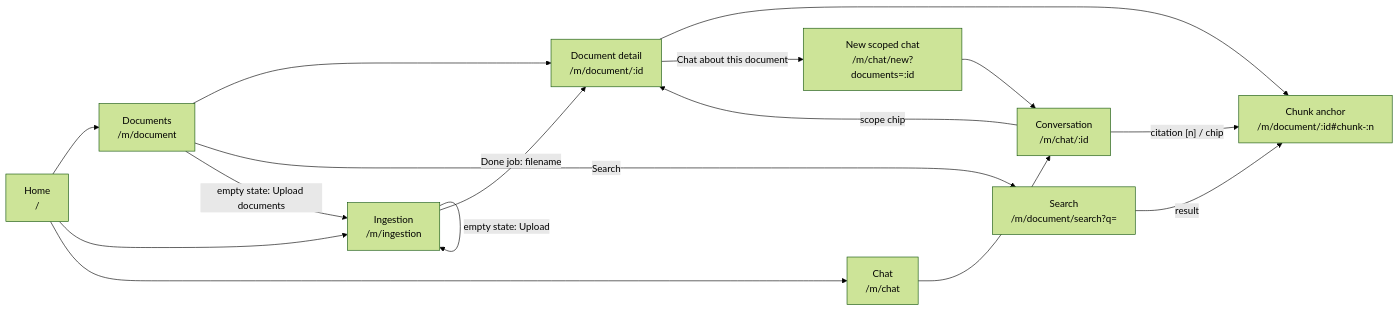
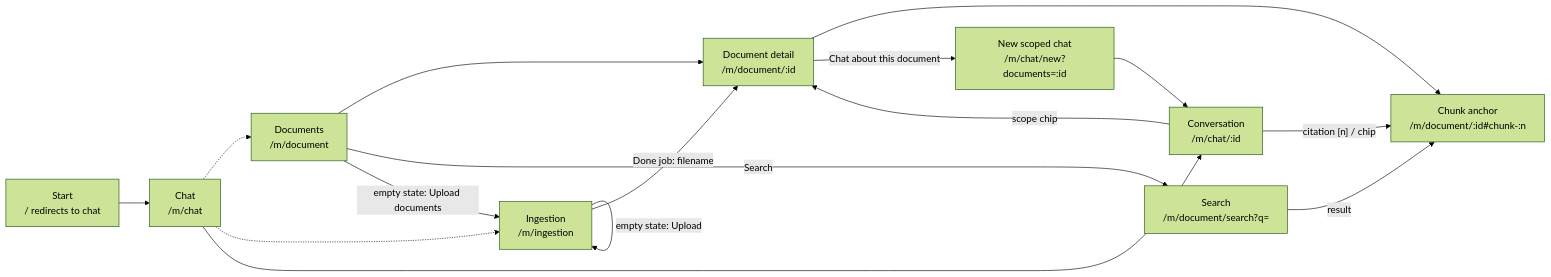
The diagram in docs/ux/m1/README.md (ChristophBe/kb), drawn with Mermaid (forest theme) before and after one commit. The commit also changed 1 other file, not shown here.

Commit message:
docs: drop the remaining home page mentions

````diff
--- a/docs/ux/m1/README.md
+++ b/docs/ux/m1/README.md
@@ -16,26 +16,27 @@
 ```mermaid
 flowchart LR
-    home["Home<br/>/"]
+    start["Start<br/>/ redirects to chat"]
     docs["Documents<br/>/m/document"]
     doc["Document detail<br/>/m/document/:id"]
     chunk["Chunk anchor<br/>/m/document/:id#chunk-:n"]
     search["Search<br/>/m/document/search?q="]
     upload["Ingestion<br/>/m/ingestion"]
     chat["Chat<br/>/m/chat"]
     conv["Conversation<br/>/m/chat/:id"]
     newscoped["New scoped chat<br/>/m/chat/new?documents=:id"]
 
-    home --> docs & upload & chat
+    start --> chat
+    chat -.-> docs & upload
     docs --> doc
     docs -- "Search" --> search
     search -- "result" --> chunk
     doc --> chunk
     doc -- "Chat about this document" --> newscoped
     newscoped --> conv
     upload -- "Done job: filename" --> doc
     upload -- "empty state: Upload" --> upload
     docs -- "empty state: Upload documents" --> upload
     chat --> conv
     conv -- "citation [n] / chip" --> chunk
     conv -- "scope chip" --> doc
 ```
````
